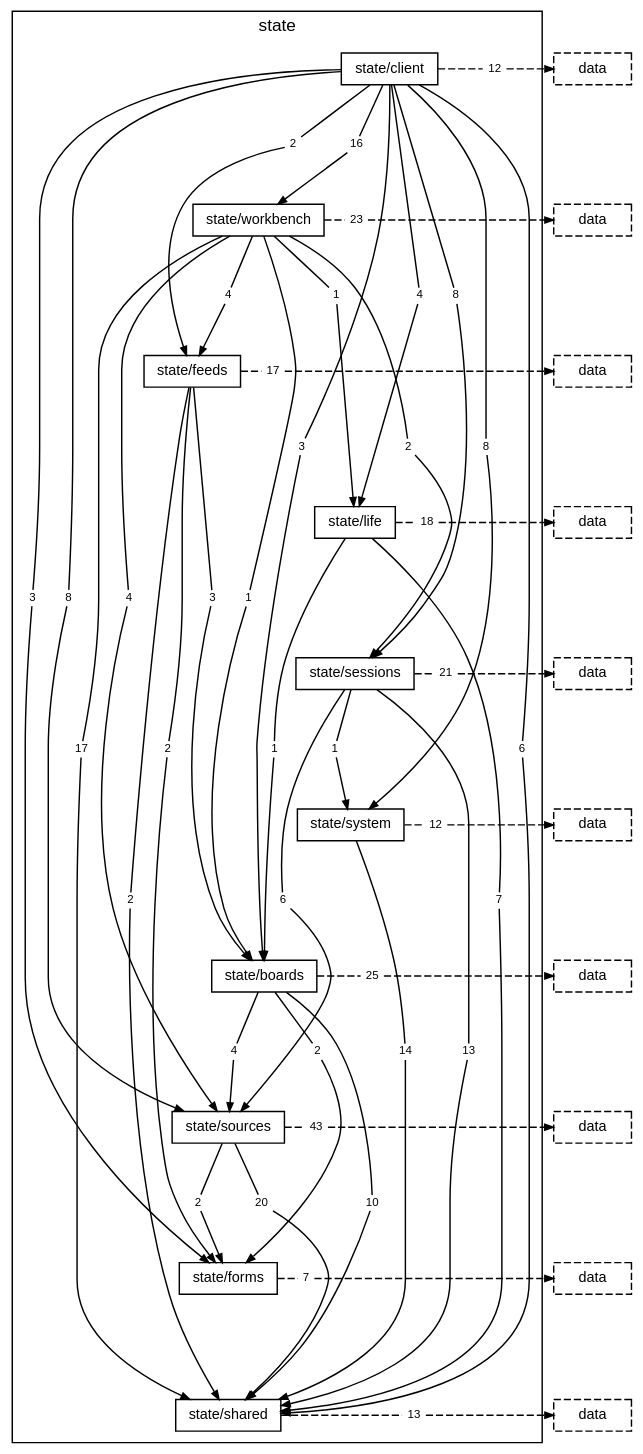
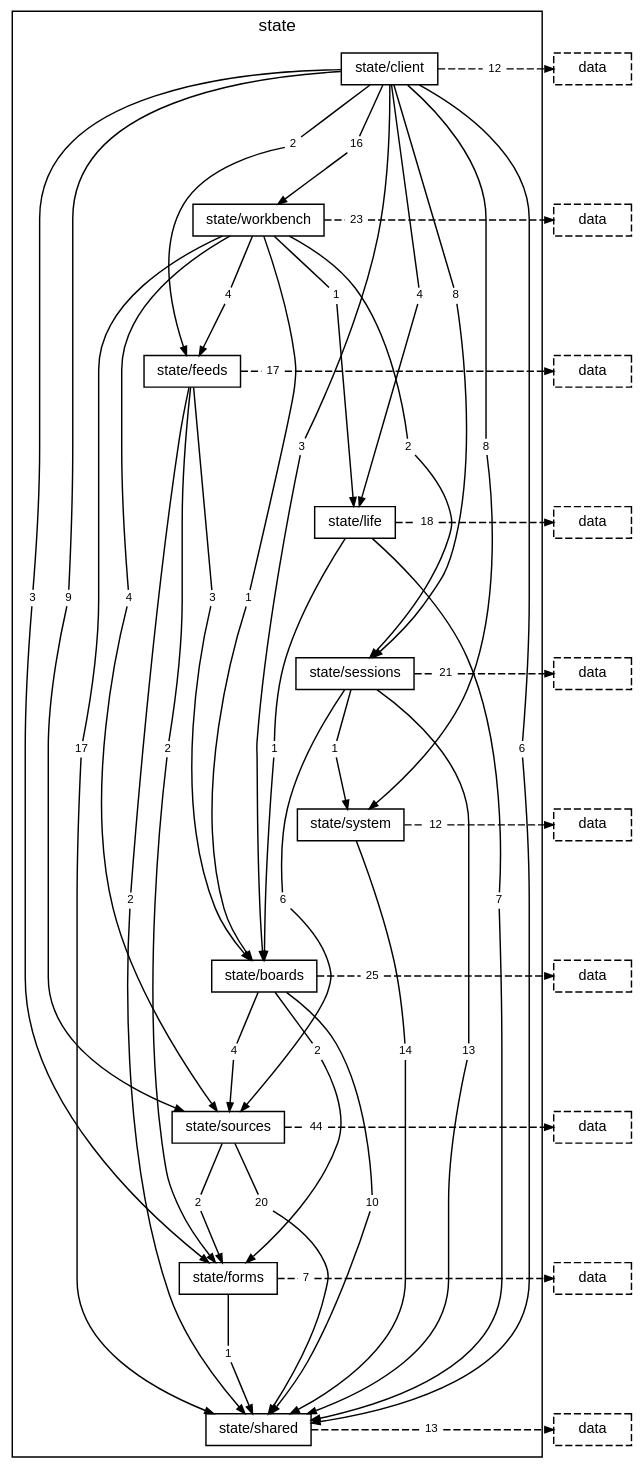
Before and after one commit to TheAxeC/oculus: the diagram in docs/diagrams/layer-state.dot, drawn with Graphviz. The commit also changed 146 other files, not shown here.

```diff
--- a/docs/diagrams/layer-state.dot
+++ b/docs/diagrams/layer-state.dot
@@ -20,7 +20,7 @@
         "folder state/client to folder state/life" [label="4", shape=box, color="transparent", fontsize=8, width=0, height=0, margin="0.04,0.02"];
         "folder state/client to folder state/sessions" [label="8", shape=box, color="transparent", fontsize=8, width=0, height=0, margin="0.04,0.02"];
         "folder state/client to folder state/shared" [label="6", shape=box, color="transparent", fontsize=8, width=0, height=0, margin="0.04,0.02"];
-        "folder state/client to folder state/sources" [label="8", shape=box, color="transparent", fontsize=8, width=0, height=0, margin="0.04,0.02"];
+        "folder state/client to folder state/sources" [label="9", shape=box, color="transparent", fontsize=8, width=0, height=0, margin="0.04,0.02"];
         "folder state/client to folder state/system" [label="8", shape=box, color="transparent", fontsize=8, width=0, height=0, margin="0.04,0.02"];
         "folder state/client to folder state/workbench" [label="16", shape=box, color="transparent", fontsize=8, width=0, height=0, margin="0.04,0.02"];
         "folder state/client to layer data" [label="12", shape=box, color="transparent", fontsize=8, width=0, height=0, margin="0.04,0.02"];
@@ -50,7 +50,8 @@
         "folder state/boards to layer data" [label="25", shape=box, color="transparent", fontsize=8, width=0, height=0, margin="0.04,0.02"];
         "folder state/sources to folder state/forms" [label="2", shape=box, color="transparent", fontsize=8, width=0, height=0, margin="0.04,0.02"];
         "folder state/sources to folder state/shared" [label="20", shape=box, color="transparent", fontsize=8, width=0, height=0, margin="0.04,0.02"];
-        "folder state/sources to layer data" [label="43", shape=box, color="transparent", fontsize=8, width=0, height=0, margin="0.04,0.02"];
+        "folder state/sources to layer data" [label="44", shape=box, color="transparent", fontsize=8, width=0, height=0, margin="0.04,0.02"];
+        "folder state/forms to folder state/shared" [label="1", shape=box, color="transparent", fontsize=8, width=0, height=0, margin="0.04,0.02"];
         "folder state/forms to layer data" [label="7", shape=box, color="transparent", fontsize=8, width=0, height=0, margin="0.04,0.02"];
         "folder state/shared to layer data" [label="13", shape=box, color="transparent", fontsize=8, width=0, height=0, margin="0.04,0.02"];
     }
@@ -155,6 +156,8 @@
     "folder state/sources" -> "folder state/sources to layer data" [arrowhead=none, style=dashed];
     "folder state/sources to layer data" -> "layer data from folder state/sources" [style=dashed];
     { rank=same; "folder state/sources"; "folder state/sources to layer data"; "layer data from folder state/sources"; }
+    "folder state/forms" -> "folder state/forms to folder state/shared" [arrowhead=none, minlen=1, weight=10];
+    "folder state/forms to folder state/shared" -> "folder state/shared" [];
     "folder state/forms" -> "folder state/forms to layer data" [arrowhead=none, style=dashed];
     "folder state/forms to layer data" -> "layer data from folder state/forms" [style=dashed];
     { rank=same; "folder state/forms"; "folder state/forms to layer data"; "layer data from folder state/forms"; }
```
